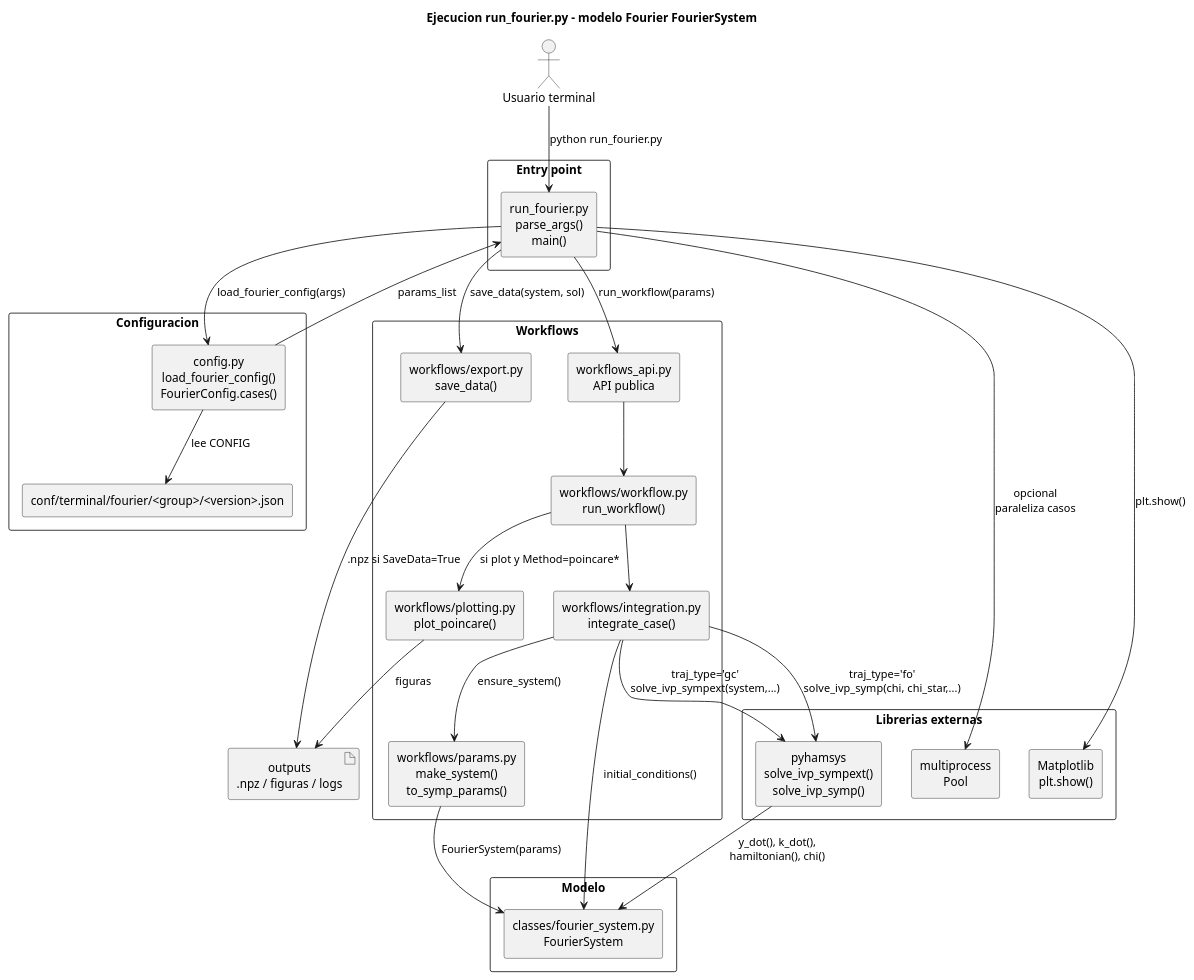
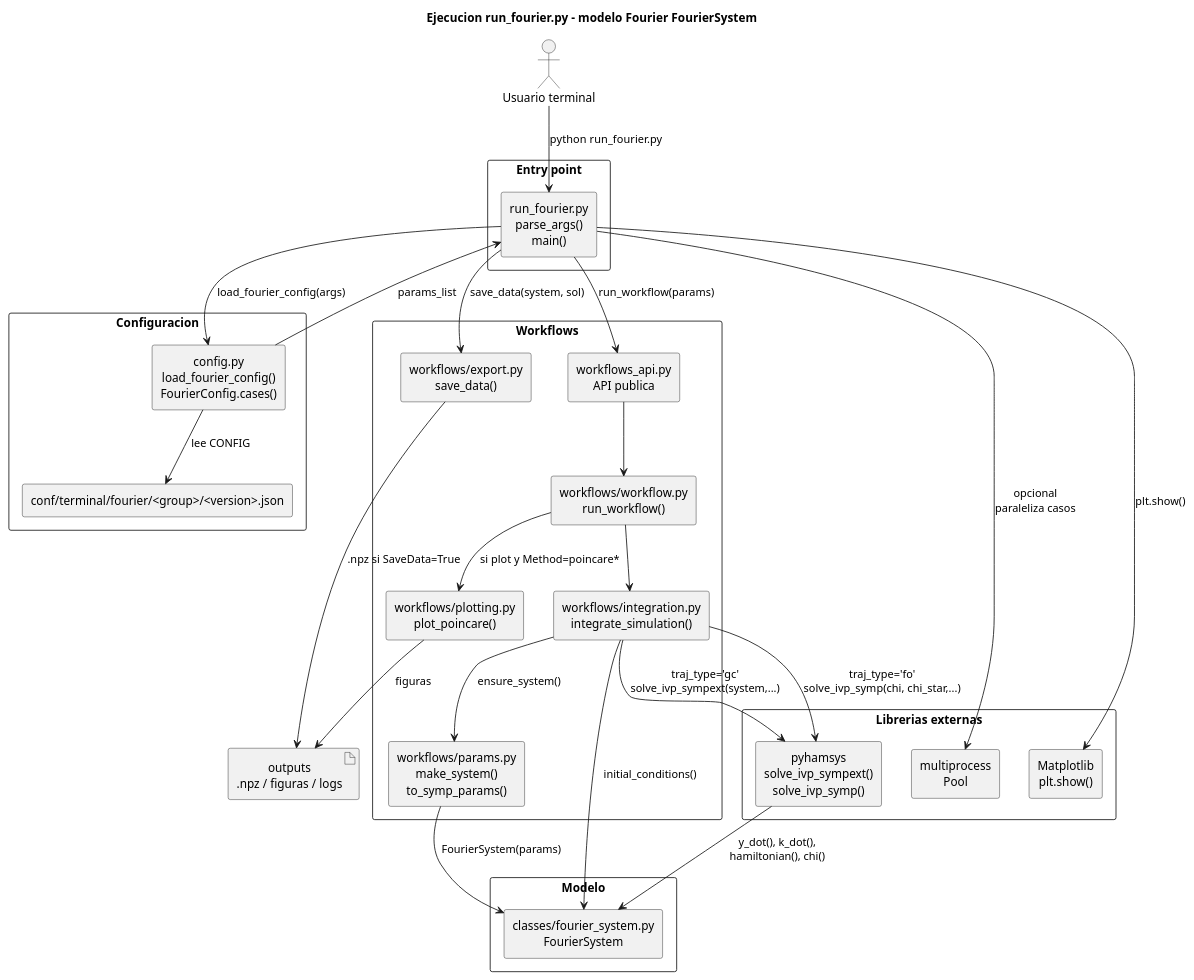
One commit to Jugibe-52/GC2D_intranet changed the diagram in docs/fourier_execution/flow.puml. Above: the diagram before and after it, drawn with PlantUML. The commit also changed 9 other files, not shown here.

```diff
--- a/docs/fourier_execution/flow.puml
+++ b/docs/fourier_execution/flow.puml
@@ -1,64 +1,64 @@
 @startuml FourierSystem_execution_flow
 title Ejecucion run_fourier.py - modelo Fourier FourierSystem
 
 skinparam componentStyle rectangle
 skinparam shadowing false
 skinparam packageStyle rectangle
 skinparam defaultTextAlignment center
 
 actor "Usuario terminal" as user
 
 package "Entry point" {
   component "run_fourier.py\nparse_args()\nmain()" as cli
 }
 
 package "Configuracion" {
   component "conf/terminal/fourier/<group>/<version>.json" as json
   component "config.py\nload_fourier_config()\nFourierConfig.cases()" as config
 }
 
 package "Workflows" {
   component "workflows_api.py\nAPI publica" as api
   component "workflows/params.py\nmake_system()\nto_symp_params()" as params
   component "workflows/workflow.py\nrun_workflow()" as workflow
-  component "workflows/integration.py\nintegrate_case()" as integration
+  component "workflows/integration.py\nintegrate_simulation()" as integration
   component "workflows/export.py\nsave_data()" as export
   component "workflows/plotting.py\nplot_poincare()" as plotting
 }
 
 package "Modelo" {
   component "classes/fourier_system.py\nFourierSystem" as fourier_system
 }
 
 package "Librerias externas" {
   component "pyhamsys\nsolve_ivp_sympext()\nsolve_ivp_symp()" as pyhamsys
   component "multiprocess\nPool" as mp
   component "Matplotlib\nplt.show()" as mpl
 }
 
 artifact "outputs\n.npz / figuras / logs" as outputs
 
 user --> cli : python run_fourier.py
 cli --> config : load_fourier_config(args)
 config --> json : lee CONFIG
 config --> cli : params_list
 
 cli --> mp : opcional\nparaleliza casos
 cli --> api : run_workflow(params)
 api --> workflow
 workflow --> integration
 integration --> params : ensure_system()
 params --> fourier_system : FourierSystem(params)
 integration --> fourier_system : initial_conditions()
 
 integration --> pyhamsys : traj_type='gc'\nsolve_ivp_sympext(system,...)
 integration --> pyhamsys : traj_type='fo'\nsolve_ivp_symp(chi, chi_star,...)
 pyhamsys --> fourier_system : y_dot(), k_dot(),\nhamiltonian(), chi()
 
 workflow --> plotting : si plot y Method=poincare*
 cli --> export : save_data(system, sol)
 export --> outputs : .npz si SaveData=True
 plotting --> outputs : figuras
 cli --> mpl : plt.show()
 
 @enduml
```
